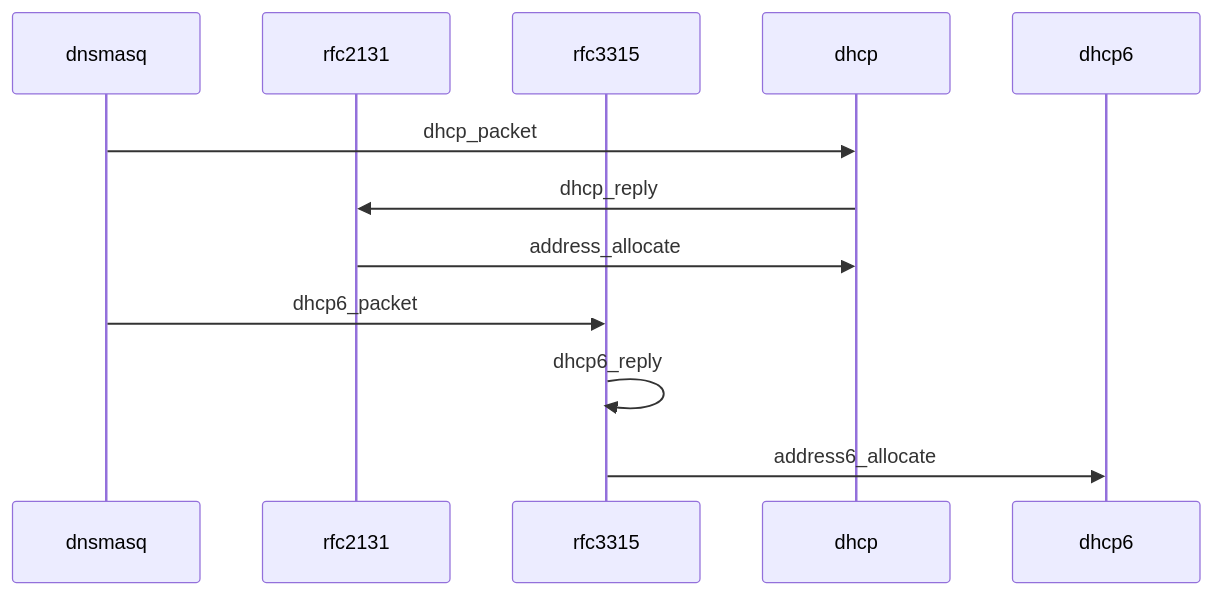
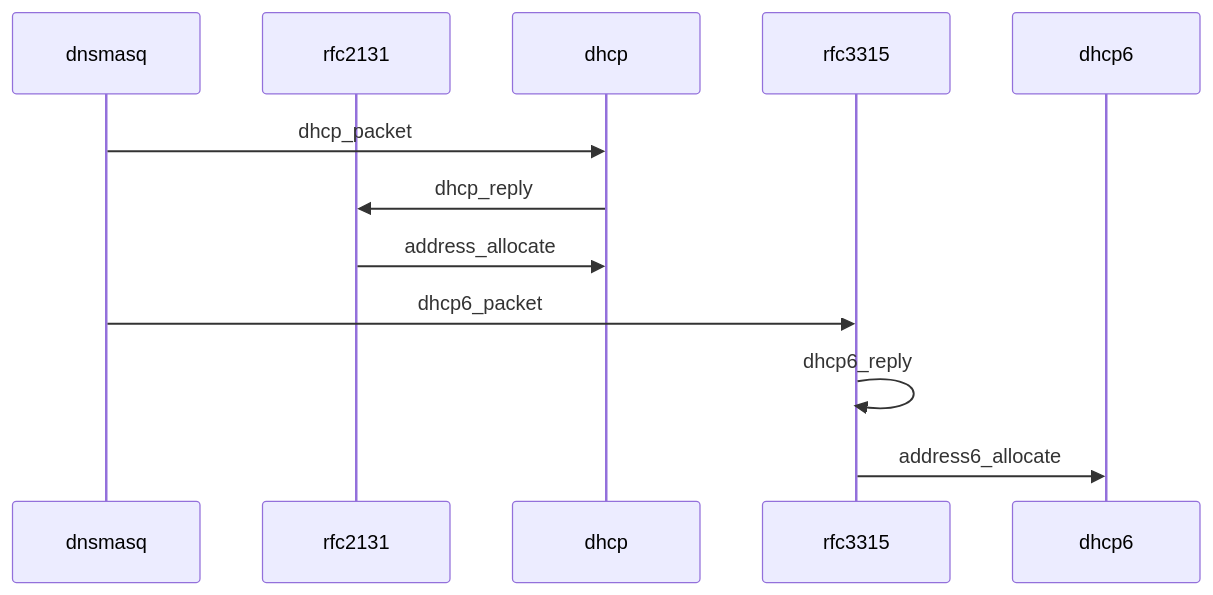
One commit to uplusplus/dnsmasq changed the second of 5 diagrams in README.md. Above: the diagram before and after it, drawn with Mermaid. The commit also changed other lines of this file, not shown here.

````diff
--- a/README.md
+++ b/README.md
@@ -45,15 +45,15 @@
 ```mermaid
 sequenceDiagram
 participant dnsmasq
 participant rfc2131
+participant dhcp
 participant rfc3315
-participant dhcp
 participant dhcp6
 
 dnsmasq ->> dhcp:dhcp_packet
 dhcp ->> rfc2131:dhcp_reply
 rfc2131 ->>dhcp:address_allocate
 dnsmasq ->> rfc3315:dhcp6_packet
 rfc3315 ->>rfc3315:dhcp6_reply
 rfc3315 ->>dhcp6:address6_allocate
 ```
````
